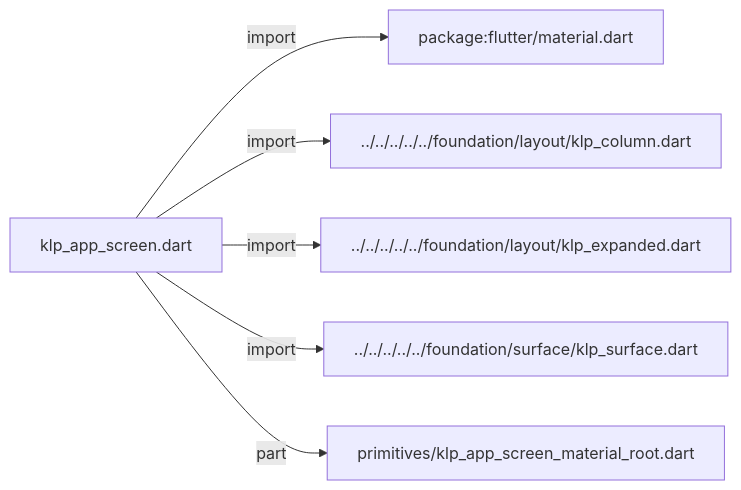
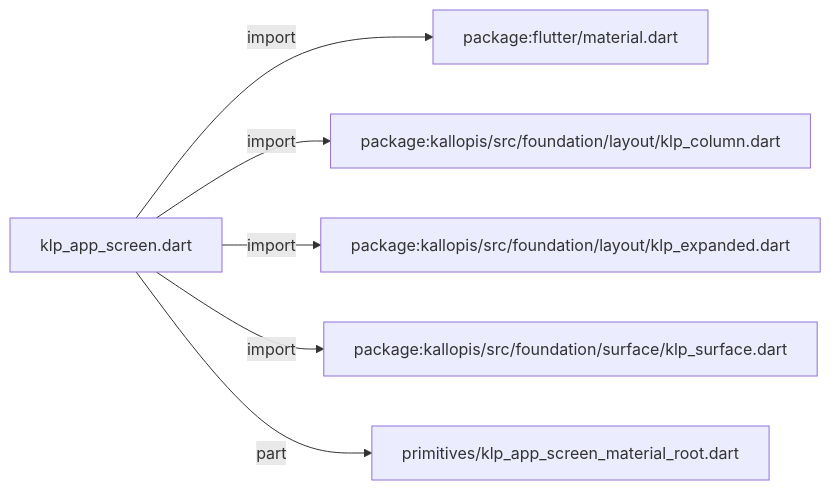
One commit to MiuDog/Kallopis changed the first of 3 diagrams in docs/architecture/src/features/workspace/shell/composition/app_screen/klp_app_screen.md. Above: the diagram before and after it, drawn with Mermaid. The commit also changed other lines of this file and 9688 other files, not shown here.

Commit message:
Prepare isolated Flow F2 peer baseline

````diff
--- a/docs/architecture/src/features/workspace/shell/composition/app_screen/klp_app_screen.md
+++ b/docs/architecture/src/features/workspace/shell/composition/app_screen/klp_app_screen.md
@@ -11,14 +11,14 @@
 ```mermaid
 flowchart LR
 	n0["klp_app_screen.dart"]
 	n1["package:flutter/material.dart"]
-	n2["../../../../../foundation/layout/klp_column.dart"]
-	n3["../../../../../foundation/layout/klp_expanded.dart"]
-	n4["../../../../../foundation/surface/klp_surface.dart"]
+	n2["package:kallopis/src/foundation/layout/klp_column.dart"]
+	n3["package:kallopis/src/foundation/layout/klp_expanded.dart"]
+	n4["package:kallopis/src/foundation/surface/klp_surface.dart"]
 	n5["primitives/klp_app_screen_material_root.dart"]
 	n0 -->|"import"| n1
 	n0 -->|"import"| n2
 	n0 -->|"import"| n3
 	n0 -->|"import"| n4
 	n0 -->|"part"| n5
 ```
````
